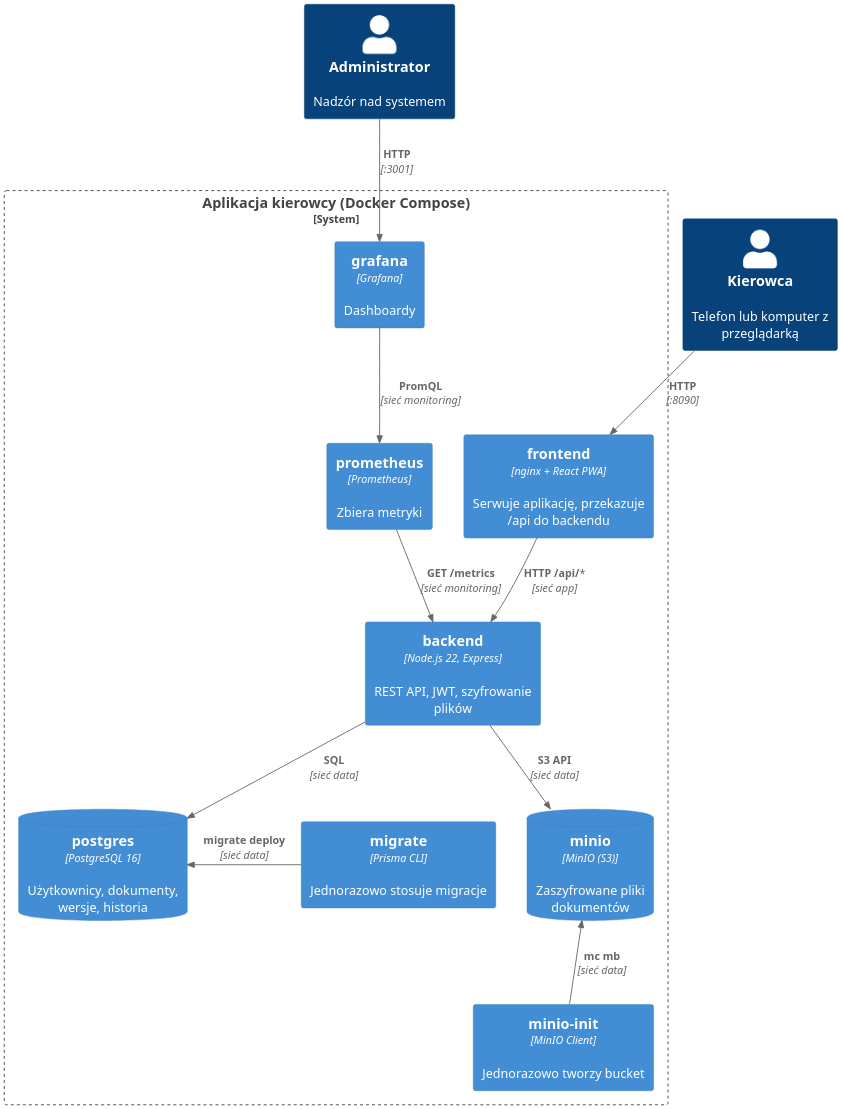
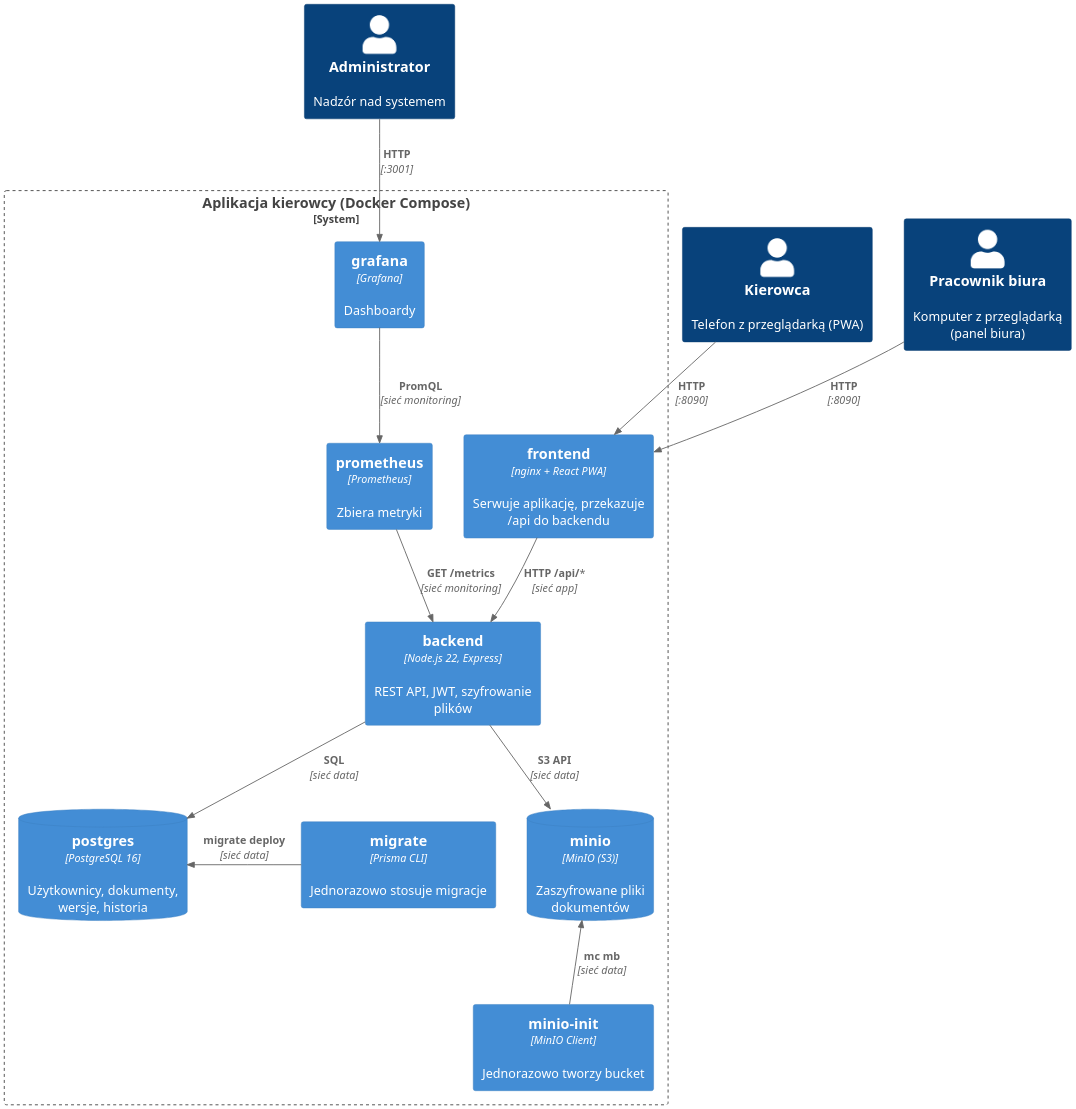
The diagram in docs/diagramy/kontenery.puml (firomi123/JEE_Projekt_PR_122217), drawn with PlantUML before and after one commit. The commit also changed 81 other files, not shown here.

First line of the commit message:
Etap 15: role i panel biura

```diff
--- a/docs/diagramy/kontenery.puml
+++ b/docs/diagramy/kontenery.puml
@@ -1,31 +1,33 @@
 @startuml kontenery
 ' Diagram kontenerów (model C4) – Aplikacja kierowcy
 !include <C4/C4_Container>
 skinparam dpi 200
 LAYOUT_TOP_DOWN()
 HIDE_STEREOTYPE()
 
-Person(kierowca, "Kierowca", "Telefon lub komputer z przeglądarką")
+Person(kierowca, "Kierowca", "Telefon z przeglądarką (PWA)")
+Person(biuro, "Pracownik biura", "Komputer z przeglądarką (panel biura)")
 Person(admin, "Administrator", "Nadzór nad systemem")
 
 System_Boundary(system, "Aplikacja kierowcy (Docker Compose)") {
   Container(frontend, "frontend", "nginx + React PWA", "Serwuje aplikację, przekazuje /api do backendu")
   Container(backend, "backend", "Node.js 22, Express", "REST API, JWT, szyfrowanie plików")
   ContainerDb(postgres, "postgres", "PostgreSQL 16", "Użytkownicy, dokumenty, wersje, historia")
   ContainerDb(minio, "minio", "MinIO (S3)", "Zaszyfrowane pliki dokumentów")
   Container(minioinit, "minio-init", "MinIO Client", "Jednorazowo tworzy bucket")
   Container(migrate, "migrate", "Prisma CLI", "Jednorazowo stosuje migracje")
   Container(prometheus, "prometheus", "Prometheus", "Zbiera metryki")
   Container(grafana, "grafana", "Grafana", "Dashboardy")
 }
 
 Rel(kierowca, frontend, "HTTP", ":8090")
+Rel(biuro, frontend, "HTTP", ":8090")
 Rel(frontend, backend, "HTTP /api/*", "sieć app")
 Rel(backend, postgres, "SQL", "sieć data")
 Rel(backend, minio, "S3 API", "sieć data")
 Rel_U(minioinit, minio, "mc mb", "sieć data")
 Rel_L(migrate, postgres, "migrate deploy", "sieć data")
 Rel(prometheus, backend, "GET /metrics", "sieć monitoring")
 Rel(grafana, prometheus, "PromQL", "sieć monitoring")
 Rel(admin, grafana, "HTTP", ":3001")
 @enduml
```
